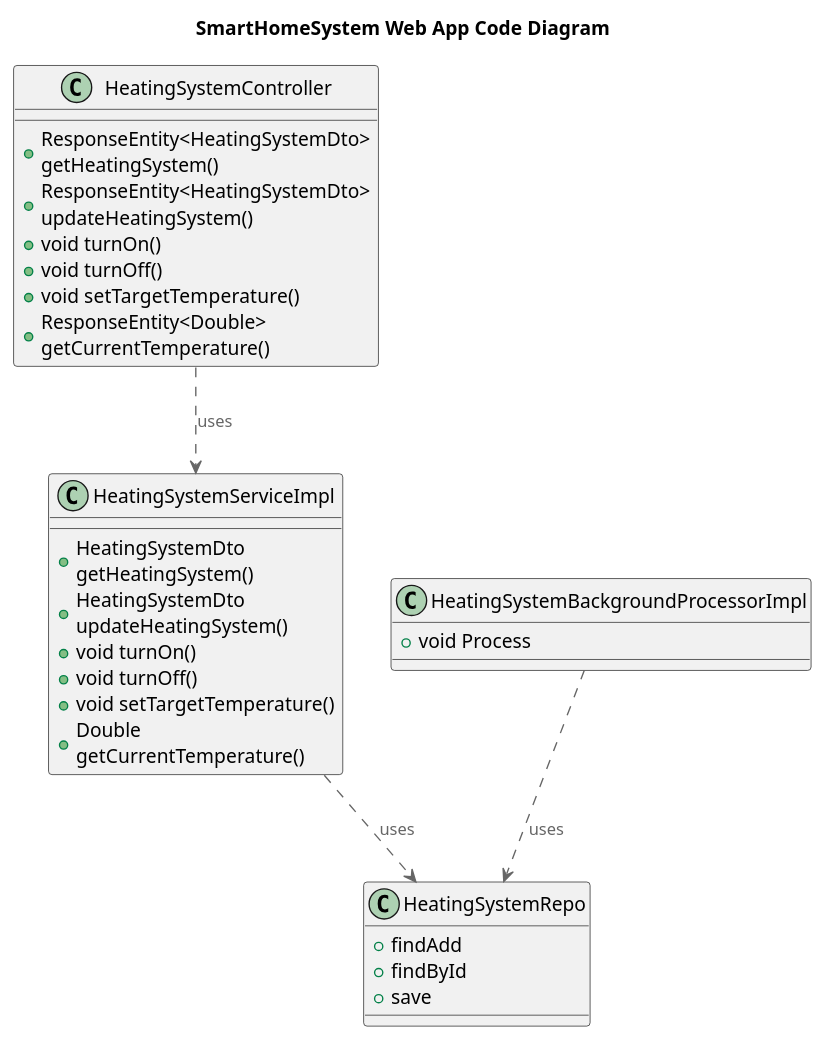
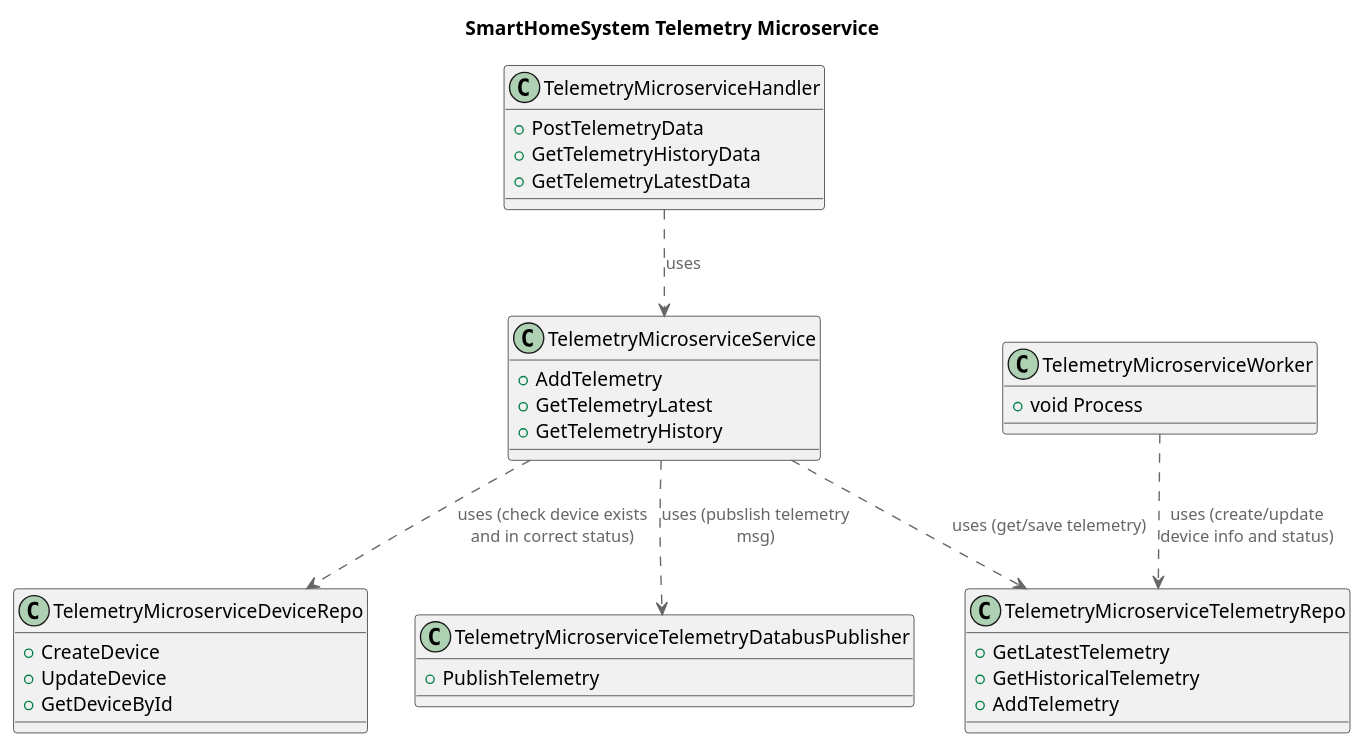
The diagram in docs/tobe/Code.puml (misikch/ya-practicum-arch-sprint-3), drawn with PlantUML before and after one commit. The commit also changed 1 other file, not shown here.

Commit message:
added tobe Code.puml

```diff
--- a/docs/tobe/Code.puml
+++ b/docs/tobe/Code.puml
@@ -1,40 +1,48 @@
 @startuml
-title SmartHomeSystem Web App Code Diagram
+title SmartHomeSystem Telemetry Microservice
 
 top to bottom direction
 
 !include ./C4_Component.puml
 
-class HeatingSystemController {
-  +ResponseEntity<HeatingSystemDto> getHeatingSystem()
-  +ResponseEntity<HeatingSystemDto> updateHeatingSystem()
-  +void turnOn()
-  +void turnOff()
-  +void setTargetTemperature()
-  +ResponseEntity<Double> getCurrentTemperature()
+class TelemetryMicroserviceHandler {
+  +PostTelemetryData
+  +GetTelemetryHistoryData
+  +GetTelemetryLatestData
 }
 
-class HeatingSystemServiceImpl {
-  +HeatingSystemDto getHeatingSystem()
-  +HeatingSystemDto updateHeatingSystem()
-  +void turnOn()
-  +void turnOff()
-  +void setTargetTemperature()
-  +Double getCurrentTemperature()
+class TelemetryMicroserviceService {
+  +AddTelemetry
+  +GetTelemetryLatest
+  +GetTelemetryHistory
 }
 
-class HeatingSystemBackgroundProcessorImpl {
+class TelemetryMicroserviceTelemetryRepo{
+  +GetLatestTelemetry
+  +GetHistoricalTelemetry
+  +AddTelemetry
+}
+
+class TelemetryMicroserviceDeviceRepo{
+  +CreateDevice
+  +UpdateDevice
+  +GetDeviceById
+}
+
+class TelemetryMicroserviceWorker {
   +void Process
 }
 
-class HeatingSystemRepo {
-    + findAdd
-    + findById
-    + save
+class TelemetryMicroserviceTelemetryDatabusPublisher {
+    + PublishTelemetry
 }
 
-HeatingSystemController ..> HeatingSystemServiceImpl : uses
-HeatingSystemServiceImpl ..> HeatingSystemRepo : uses
-HeatingSystemBackgroundProcessorImpl ..> HeatingSystemRepo : uses
+TelemetryMicroserviceHandler ..> TelemetryMicroserviceService : uses
+TelemetryMicroserviceService ..> TelemetryMicroserviceTelemetryRepo : uses (get/save telemetry)
+TelemetryMicroserviceService ..> TelemetryMicroserviceDeviceRepo : uses (check device exists and in correct status)
+TelemetryMicroserviceService ..> TelemetryMicroserviceTelemetryDatabusPublisher : uses (pubslish telemetry msg)
+
+TelemetryMicroserviceWorker ..> TelemetryMicroserviceTelemetryRepo : uses (create/update device info and status)
+
 
 @enduml
```
